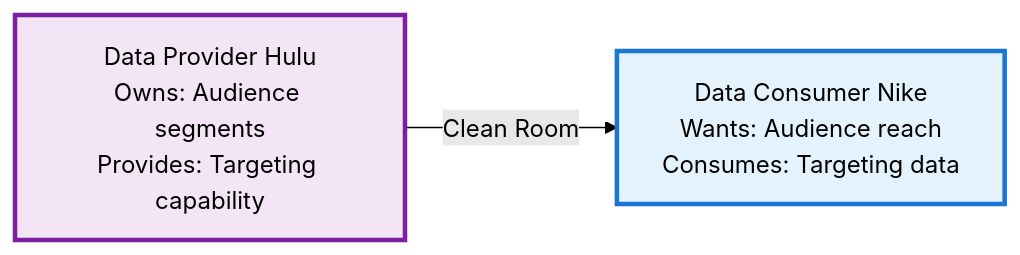
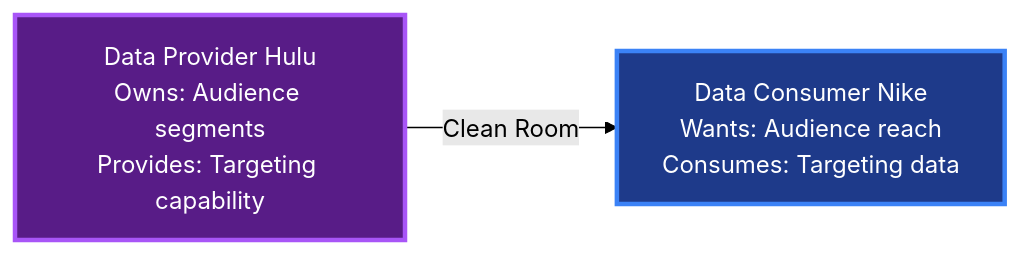
Before and after one commit to arupsarkar-sfdc/Misc: the second of 10 diagrams in data-cloud/clean-room/README_DataCloud_Clean_Room_Architecture.md, drawn with Mermaid (forest theme). The commit also changed other lines of this file and 4 other files, not shown here.

Commit message:
feat: addred segmentation logic and updated process diagrams and sequence diagram with dark mode colors and sequence steps

````diff
--- a/data-cloud/clean-room/README_DataCloud_Clean_Room_Architecture.md
+++ b/data-cloud/clean-room/README_DataCloud_Clean_Room_Architecture.md
@@ -87,10 +87,10 @@
 ```mermaid
 graph LR
     Provider["Data Provider Hulu<br/>Owns: Audience segments<br/>Provides: Targeting capability"]
     Consumer["Data Consumer Nike<br/>Wants: Audience reach<br/>Consumes: Targeting data"]
     
     Provider -->|Clean Room| Consumer
     
-    style Provider fill:#f3e5f5,stroke:#7b1fa2,stroke-width:3px
-    style Consumer fill:#e3f2fd,stroke:#1976d2,stroke-width:3px
+    style Provider fill:#581c87,stroke:#a855f7,stroke-width:3px,color:#ffffff
+    style Consumer fill:#1e3a8a,stroke:#3b82f6,stroke-width:3px,color:#ffffff
 ```
````
